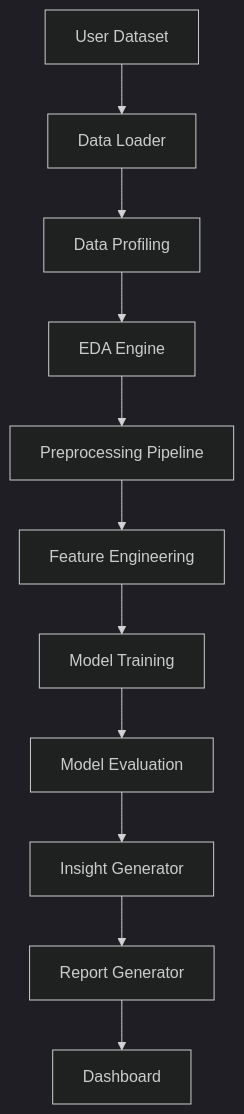
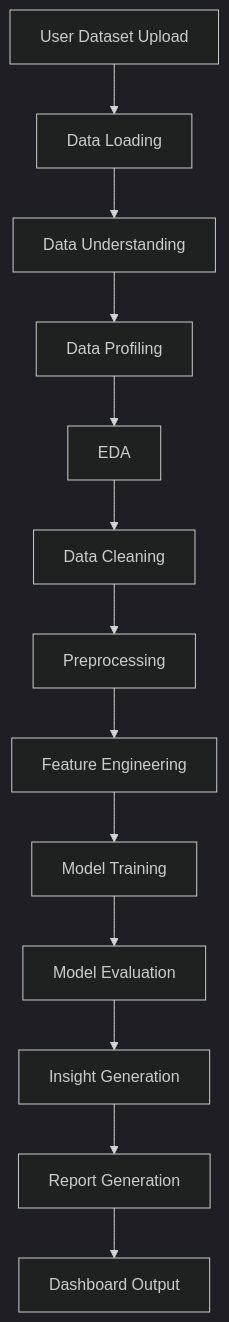
Before and after one commit to GhariebML/AutoAnalyst-AI: the diagram in README.md, drawn with Mermaid (dark theme). The commit also changed other lines of this file and 18 other files, not shown here.

````diff
--- a/README.md
+++ b/README.md
@@ -40,13 +42,15 @@
 ```mermaid
 flowchart TD
-    A[User Dataset] --> B[Data Loader]
-    B --> C[Data Profiling]
-    C --> D[EDA Engine]
-    D --> E[Preprocessing Pipeline]
-    E --> F[Feature Engineering]
-    F --> G[Model Training]
-    G --> H[Model Evaluation]
-    H --> I[Insight Generator]
-    I --> J[Report Generator]
-    J --> K[Dashboard]
+    A[User Dataset Upload] --> B[Data Loading]
+    B --> C[Data Understanding]
+    C --> D[Data Profiling]
+    D --> E[EDA]
+    E --> F[Data Cleaning]
+    F --> G[Preprocessing]
+    G --> H[Feature Engineering]
+    H --> I[Model Training]
+    I --> J[Model Evaluation]
+    J --> K[Insight Generation]
+    K --> L[Report Generation]
+    L --> M[Dashboard Output]
 ```
````
